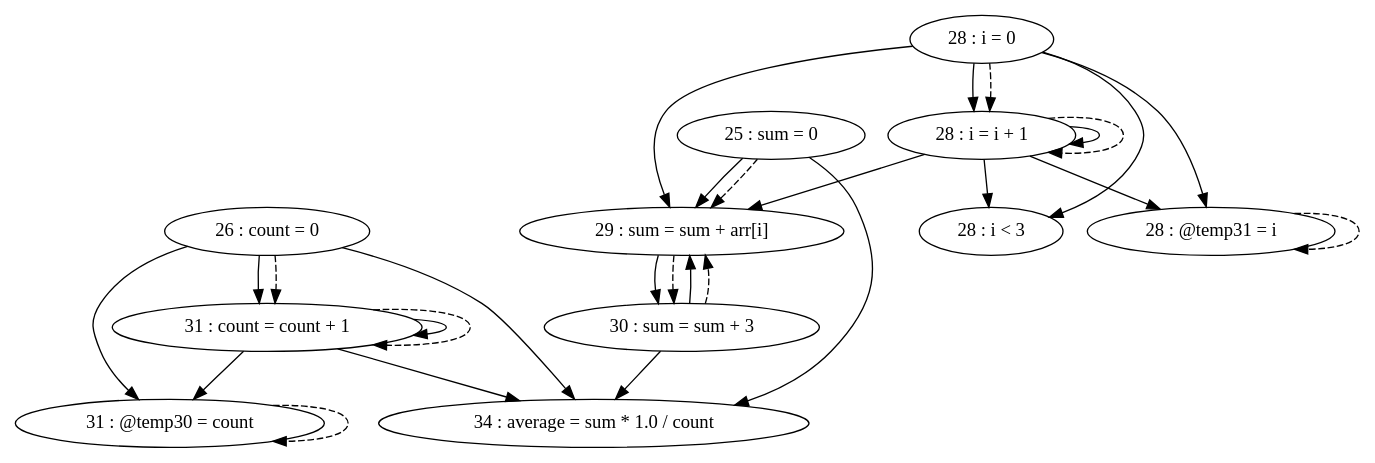
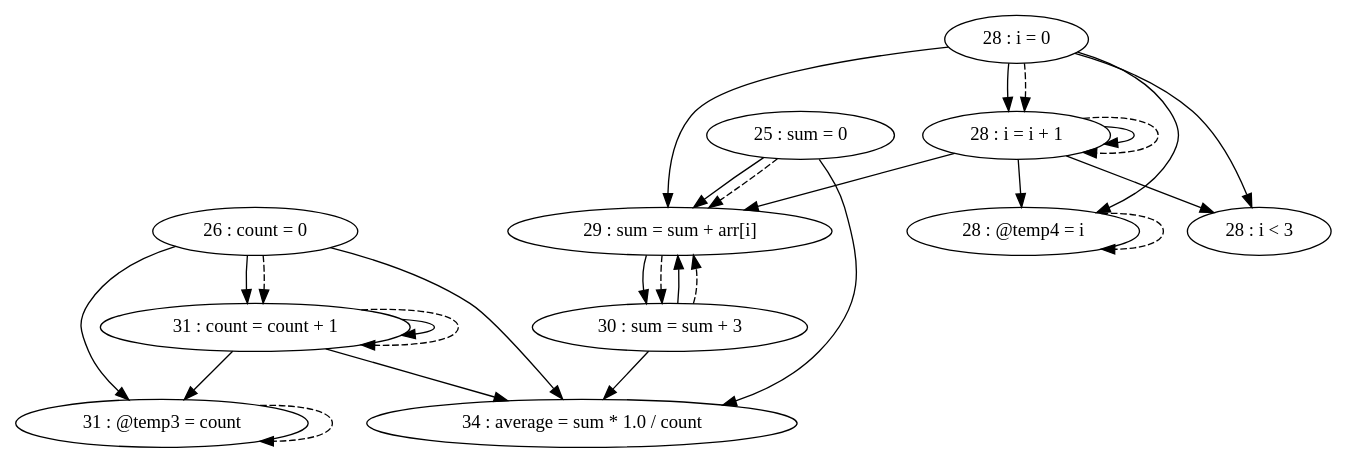
One commit to thomassimko/thesis-code-duplication changed the diagram in pdg/source/testFiles/TestCases/TestCase7/TestCase7-test2.gv. Above: the diagram before and after it, drawn with Graphviz. The commit also changed 3297 other files, not shown here.

```diff
--- a/pdg/source/testFiles/TestCases/TestCase7/TestCase7-test2.gv
+++ b/pdg/source/testFiles/TestCases/TestCase7/TestCase7-test2.gv
@@ -1,41 +1,41 @@
 digraph G {
 "25 : sum = 0"
 "25 : sum = 0" -> "29 : sum = sum + arr[i]"
 "25 : sum = 0" -> "34 : average = sum * 1.0 / count"
 "25 : sum = 0" -> "29 : sum = sum + arr[i]" [style=dashed]
 "26 : count = 0"
+"26 : count = 0" -> "31 : @temp3 = count"
+"26 : count = 0" -> "34 : average = sum * 1.0 / count"
 "26 : count = 0" -> "31 : count = count + 1"
-"26 : count = 0" -> "34 : average = sum * 1.0 / count"
-"26 : count = 0" -> "31 : @temp30 = count"
 "26 : count = 0" -> "31 : count = count + 1" [style=dashed]
 "28 : i = 0"
+"28 : i = 0" -> "29 : sum = sum + arr[i]"
+"28 : i = 0" -> "28 : i = i + 1"
+"28 : i = 0" -> "28 : @temp4 = i"
 "28 : i = 0" -> "28 : i < 3"
-"28 : i = 0" -> "29 : sum = sum + arr[i]"
-"28 : i = 0" -> "28 : @temp31 = i"
-"28 : i = 0" -> "28 : i = i + 1"
 "28 : i = 0" -> "28 : i = i + 1" [style=dashed]
 "28 : i < 3"
 "29 : sum = sum + arr[i]"
 "29 : sum = sum + arr[i]" -> "30 : sum = sum + 3"
 "29 : sum = sum + arr[i]" -> "30 : sum = sum + 3" [style=dashed]
 "30 : sum = sum + 3"
 "30 : sum = sum + 3" -> "29 : sum = sum + arr[i]"
 "30 : sum = sum + 3" -> "34 : average = sum * 1.0 / count"
 "30 : sum = sum + 3" -> "29 : sum = sum + arr[i]" [style=dashed]
-"31 : @temp30 = count"
-"31 : @temp30 = count" -> "31 : @temp30 = count" [style=dashed]
+"31 : @temp3 = count"
+"31 : @temp3 = count" -> "31 : @temp3 = count" [style=dashed]
 "31 : count = count + 1"
+"31 : count = count + 1" -> "31 : @temp3 = count"
+"31 : count = count + 1" -> "34 : average = sum * 1.0 / count"
 "31 : count = count + 1" -> "31 : count = count + 1"
-"31 : count = count + 1" -> "34 : average = sum * 1.0 / count"
-"31 : count = count + 1" -> "31 : @temp30 = count"
 "31 : count = count + 1" -> "31 : count = count + 1" [style=dashed]
-"28 : @temp31 = i"
-"28 : @temp31 = i" -> "28 : @temp31 = i" [style=dashed]
+"28 : @temp4 = i"
+"28 : @temp4 = i" -> "28 : @temp4 = i" [style=dashed]
 "28 : i = i + 1"
+"28 : i = i + 1" -> "29 : sum = sum + arr[i]"
+"28 : i = i + 1" -> "28 : i = i + 1"
+"28 : i = i + 1" -> "28 : @temp4 = i"
 "28 : i = i + 1" -> "28 : i < 3"
-"28 : i = i + 1" -> "29 : sum = sum + arr[i]"
-"28 : i = i + 1" -> "28 : @temp31 = i"
-"28 : i = i + 1" -> "28 : i = i + 1"
 "28 : i = i + 1" -> "28 : i = i + 1" [style=dashed]
 "34 : average = sum * 1.0 / count"
 }
```
